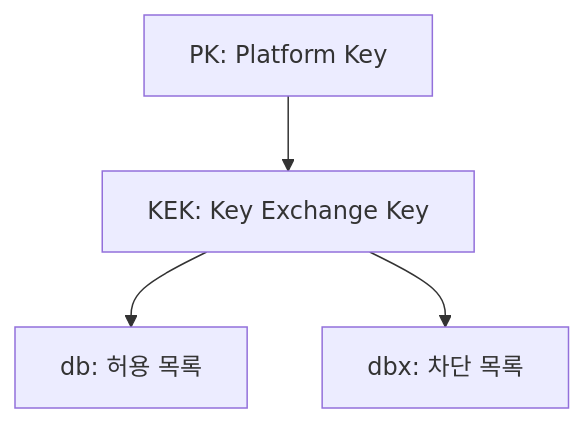
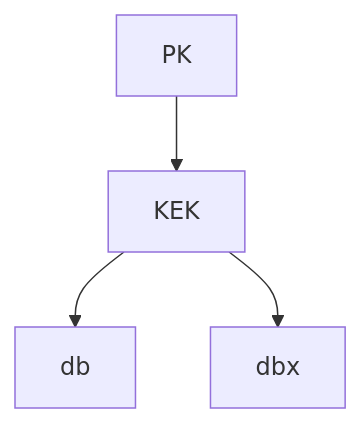
Before and after one commit to moonblueblue/devops-wiki: the second of 6 diagrams in content/linux/boot-init/boot-process.md, drawn with Mermaid. The commit also changed other lines of this file and 1 other file, not shown here.

Commit message:
style: boot-init 섹션 Mermaid 노드 라벨 규칙 적용
- boot-process.md: Secure Boot 키 라벨 단축 (PK/KEK/db/dbx)
  GRUB 체인 노드 괄호 제거 (shim.efi, grubx64.efi, vmlinuz)
  부팅 타임라인 nginx 노드 특수문자·길이 축약
- systemd.md: systemd.slice 괄호 제거, 타임아웃 노드 화살표 제거

````diff
--- a/content/linux/boot-init/boot-process.md
+++ b/content/linux/boot-init/boot-process.md
@@ -66,11 +66,11 @@
 ```mermaid
 graph TD
-    PK[PK: Platform Key]
-    KEK[KEK: Key Exchange Key]
-    db[db: 허용 목록]
-    dbx[dbx: 차단 목록]
+    PK[PK]
+    KEK[KEK]
+    db[db]
+    dbx[dbx]
 
     PK --> KEK
     KEK --> db
     KEK --> dbx
 ```
````
